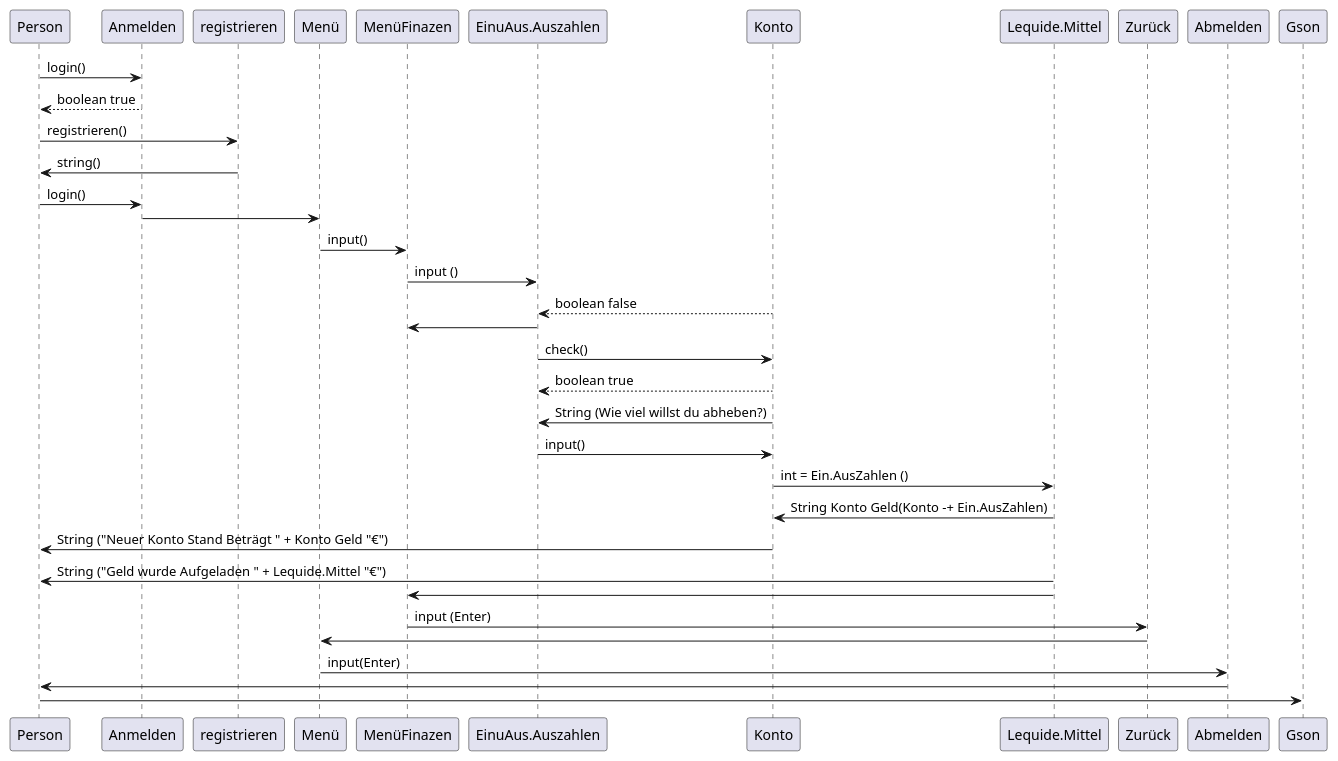
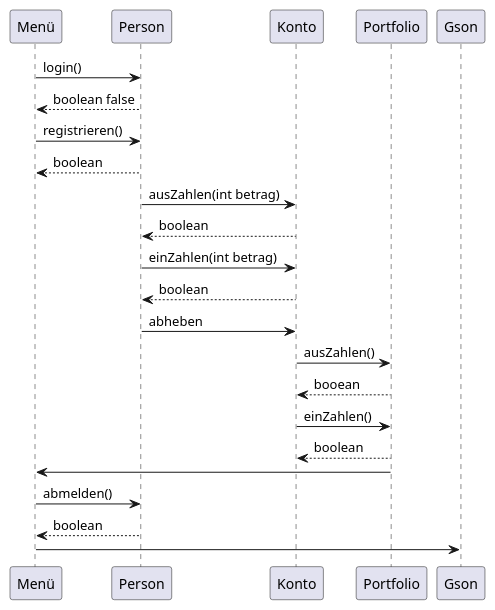
One commit to TimRoffel1337/Verwaltungssoftware_Team_1 changed the first of 4 diagrams in Docs/Pflichtenheft/Diagramm/SequenzDiagramm.iuml. Above: the diagram before and after it, drawn with PlantUML. The commit also changed other lines of this file and 1 other file, not shown here.

```diff
--- a/Docs/Pflichtenheft/Diagramm/SequenzDiagramm.iuml
+++ b/Docs/Pflichtenheft/Diagramm/SequenzDiagramm.iuml
@@ -1,28 +1,21 @@
 @startuml
 
-Person -> Anmelden :login()
-Anmelden --> Person : boolean true
-Person -> registrieren :registrieren()
-registrieren -> Person :string() 
-Person -> Anmelden  :login()
-Anmelden -> Menü 
-Menü -> MenüFinazen : input() 
-MenüFinazen -> EinuAus.Auszahlen :input ()  
-Konto --> EinuAus.Auszahlen : boolean false
-EinuAus.Auszahlen -> MenüFinazen 
-EinuAus.Auszahlen-> Konto : check()
-Konto --> EinuAus.Auszahlen : boolean true 
-Konto -> EinuAus.Auszahlen : String (Wie viel willst du abheben?)
-EinuAus.Auszahlen -> Konto : input()
-Konto -> Lequide.Mittel : int = Ein.AusZahlen ()
-Lequide.Mittel -> Konto : String Konto Geld(Konto -+ Ein.AusZahlen)
-Konto -> Person : String ("Neuer Konto Stand Beträgt " + Konto Geld "€")
-Lequide.Mittel -> Person : String ("Geld wurde Aufgeladen " + Lequide.Mittel "€")
-Lequide.Mittel -> MenüFinazen
-MenüFinazen -> Zurück :input (Enter)
-Zurück -> Menü
-Menü -> Abmelden : input(Enter)
-Abmelden -> Person :
-Person -> Gson:
+Menü -> Person :login()
+Person --> Menü : boolean false
+Menü -> Person : registrieren()
+Person --> Menü : boolean
+Person -> Konto : ausZahlen(int betrag)  
+Konto --> Person : boolean
+Person -> Konto : einZahlen(int betrag)
+Konto --> Person : boolean
+Person -> Konto : abheben
+Konto -> Portfolio : ausZahlen()
+Portfolio --> Konto : booean
+Konto -> Portfolio : einZahlen()
+Portfolio --> Konto : boolean
+Portfolio -> Menü
+Menü -> Person : abmelden()
+Person --> Menü : boolean
+Menü -> Gson:
 
 @enduml
```
